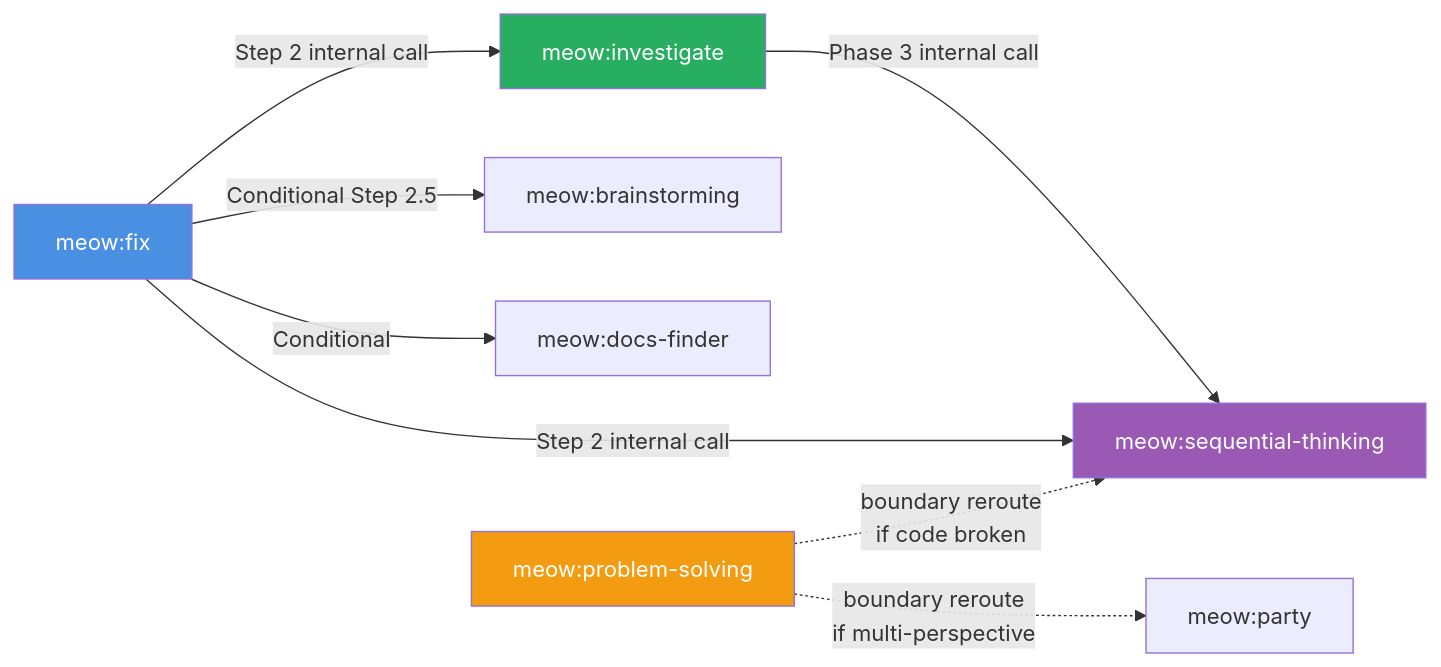
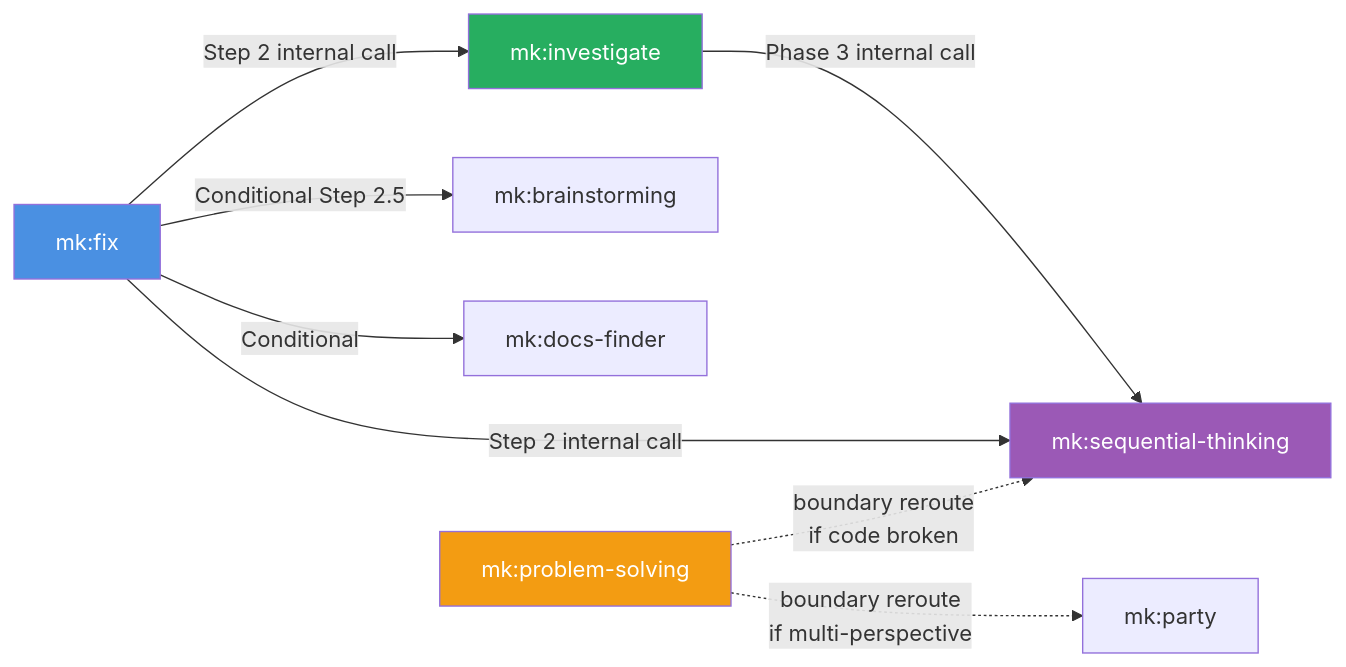
One commit to ngocsangyem/MeowKit changed the seventh of 7 diagrams in website/guide/debugging-skills-decision-guide.md. Above: the diagram before and after it, drawn with Mermaid. The commit also changed other lines of this file and 1235 other files, not shown here.

````diff
--- a/website/guide/debugging-skills-decision-guide.md
+++ b/website/guide/debugging-skills-decision-guide.md
@@ -257,16 +257,16 @@
 ```mermaid
 flowchart LR
-    FIX[meow:fix] -->|Step 2 internal call| INV[meow:investigate]
-    INV -->|Phase 3 internal call| SEQ[meow:sequential-thinking]
+    FIX[mk:fix] -->|Step 2 internal call| INV[mk:investigate]
+    INV -->|Phase 3 internal call| SEQ[mk:sequential-thinking]
     FIX -->|Step 2 internal call| SEQ
-    FIX -->|Conditional Step 2.5| BRAIN[meow:brainstorming]
-    FIX -->|Conditional| DOCS[meow:docs-finder]
+    FIX -->|Conditional Step 2.5| BRAIN[mk:brainstorming]
+    FIX -->|Conditional| DOCS[mk:docs-finder]
 
-    PS[meow:problem-solving] -.->|boundary reroute<br/>if code broken| SEQ
-    PS -.->|boundary reroute<br/>if multi-perspective| PARTY[meow:party]
+    PS[mk:problem-solving] -.->|boundary reroute<br/>if code broken| SEQ
+    PS -.->|boundary reroute<br/>if multi-perspective| PARTY[mk:party]
 
     style FIX fill:#4a90e2,color:#fff
     style INV fill:#27ae60,color:#fff
     style SEQ fill:#9b59b6,color:#fff
     style PS fill:#f39c12,color:#fff
 ```
````
